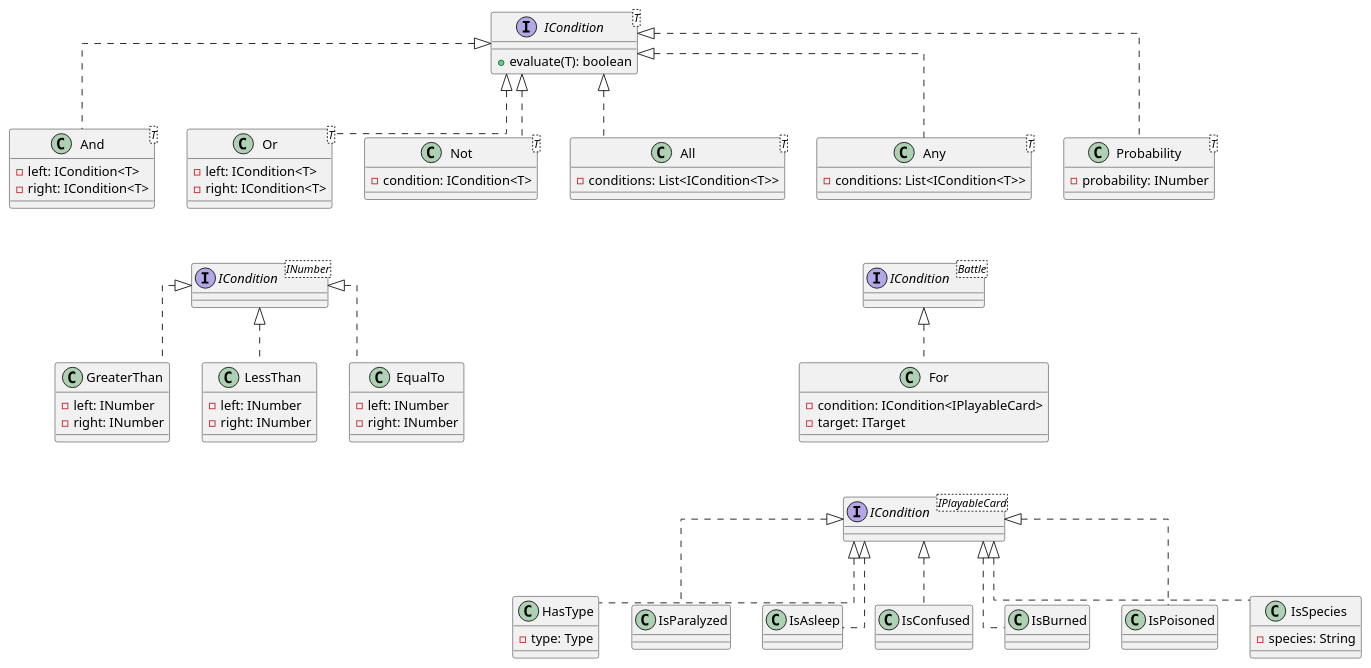
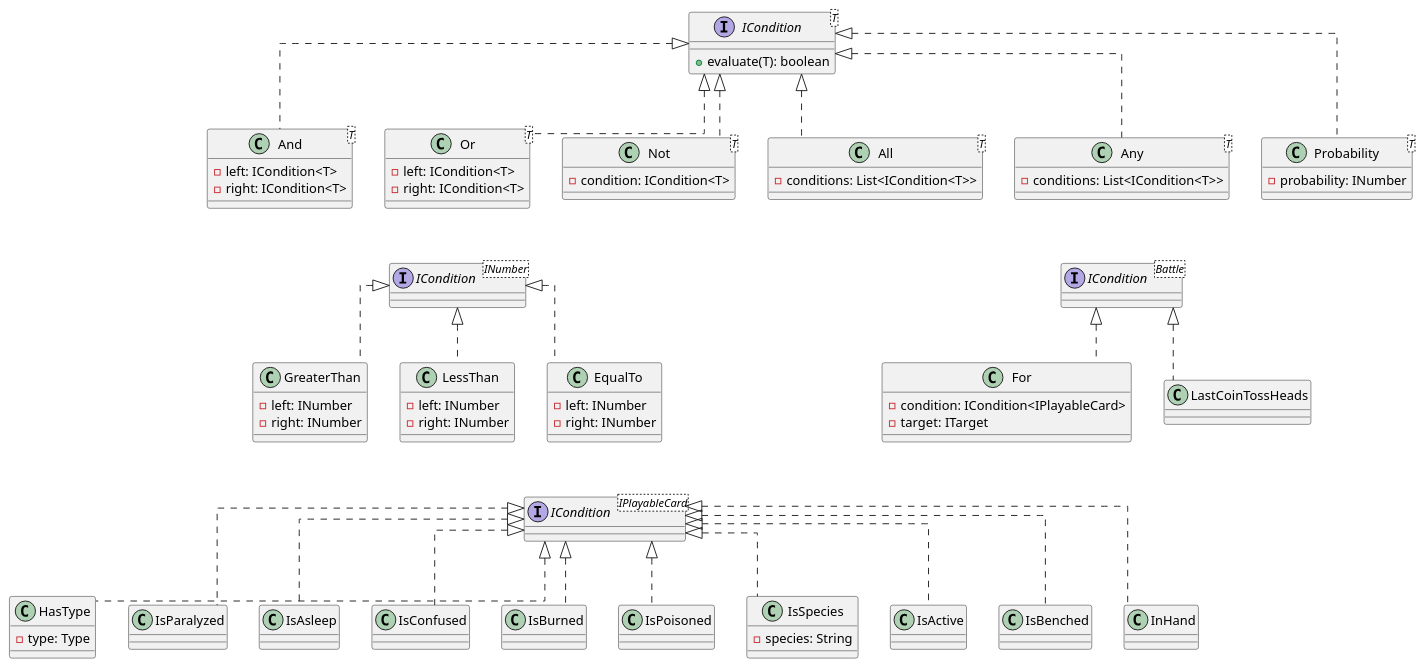
The diagram in docs/UML/ICondition.puml (Richie-Moon/TCGPocketBattler), drawn with PlantUML before and after one commit.

Commit message:
feat(docs): Added more conditions for playable cards

```diff
--- a/docs/UML/ICondition.puml
+++ b/docs/UML/ICondition.puml
@@ -1,84 +1,87 @@
 @startuml
 
 skinparam linetype ortho
 
 interface "ICondition<T>" as IConditionT
 
 interface IConditionT {
     + evaluate(T): boolean
 }
 
 class And<T> implements IConditionT {
     - left: ICondition<T>
     - right: ICondition<T>
 }
 
 class Or<T> implements IConditionT {
     - left: ICondition<T>
     - right: ICondition<T>
 }
 
 class Not<T> implements IConditionT {
     - condition: ICondition<T>
 }
 
 class All<T> implements IConditionT {
     - conditions: List<ICondition<T>>
 }
 
 class Any<T> implements IConditionT {
     - conditions: List<ICondition<T>>
 }
 
 class Probability<T> implements IConditionT {
     - probability: INumber
 }
 
 
 interface "ICondition<INumber>" as IConditionINumber
 
 Or -[hidden]- IConditionINumber
 
 class GreaterThan implements IConditionINumber {
     - left: INumber
     - right: INumber
 }
 
 class LessThan implements IConditionINumber {
     - left: INumber
     - right: INumber
 }
 
 class EqualTo implements IConditionINumber {
     - left: INumber
     - right: INumber
 }
 
 interface "ICondition<IPlayableCard>" as IConditionIPlayableCard
 
-For -[hidden]- IConditionIPlayableCard
+EqualTo -[hidden]- IConditionIPlayableCard
 
 class HasType implements IConditionIPlayableCard {
     - type: Type
 }
-
 class IsParalyzed implements IConditionIPlayableCard {}
 class IsAsleep implements IConditionIPlayableCard {}
 class IsConfused implements IConditionIPlayableCard {}
 class IsBurned implements IConditionIPlayableCard {}
 class IsPoisoned implements IConditionIPlayableCard {}
 class IsSpecies implements IConditionIPlayableCard {
     - species: String /' or ID: int '/ 
 }
+class IsActive implements IConditionIPlayableCard {}
+class IsBenched implements IConditionIPlayableCard {}
+class InHand implements IConditionIPlayableCard {}
 
 interface "ICondition<Battle>" as IConditionBattle
 
 Any -[hidden]- IConditionBattle
 
 class For implements IConditionBattle {
     - condition: ICondition<IPlayableCard>
     - target: ITarget
 }
 
+class LastCoinTossHeads implements IConditionBattle {}
 
 @enduml
```
